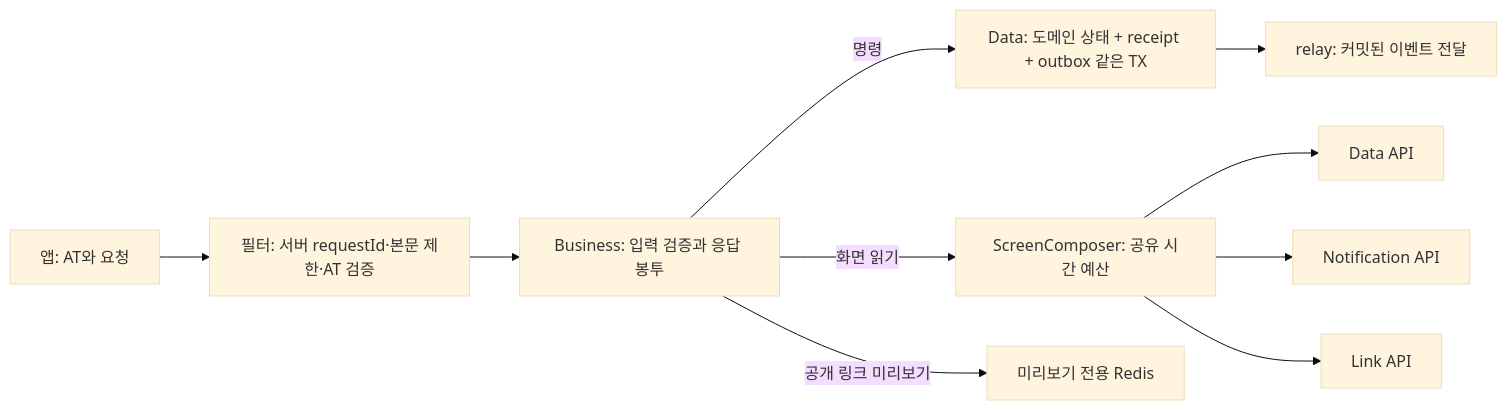
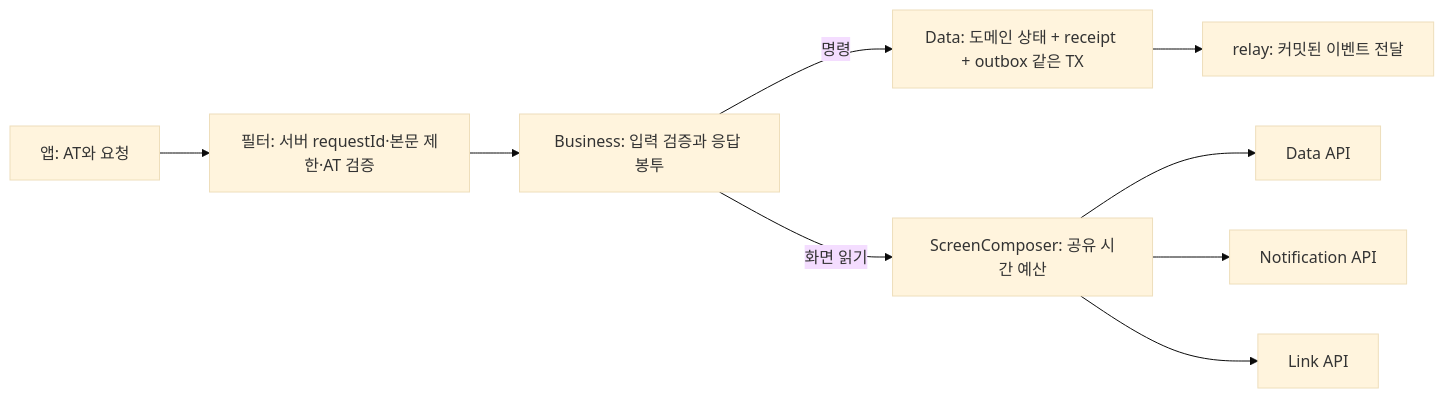
Before and after one commit to OneOrThree/phone: the second of 8 diagrams in server/business-api/README.md, drawn with Mermaid (base theme). The commit also changed other lines of this file and 93 other files, not shown here.

````diff
--- a/server/business-api/README.md
+++ b/server/business-api/README.md
@@ -87,12 +83,11 @@
 ```mermaid
 flowchart LR
   A[앱: AT와 요청] --> F[필터: 서버 requestId·본문 제한·AT 검증]
   F --> B[Business: 입력 검증과 응답 봉투]
   B -->|명령| D[Data: 도메인 상태 + receipt + outbox 같은 TX]
   D --> R[relay: 커밋된 이벤트 전달]
   B -->|화면 읽기| C[ScreenComposer: 공유 시간 예산]
   C --> DA[Data API]
   C --> N[Notification API]
   C --> L[Link API]
-  B -->|공개 링크 미리보기| P[미리보기 전용 Redis]
 ```
````
